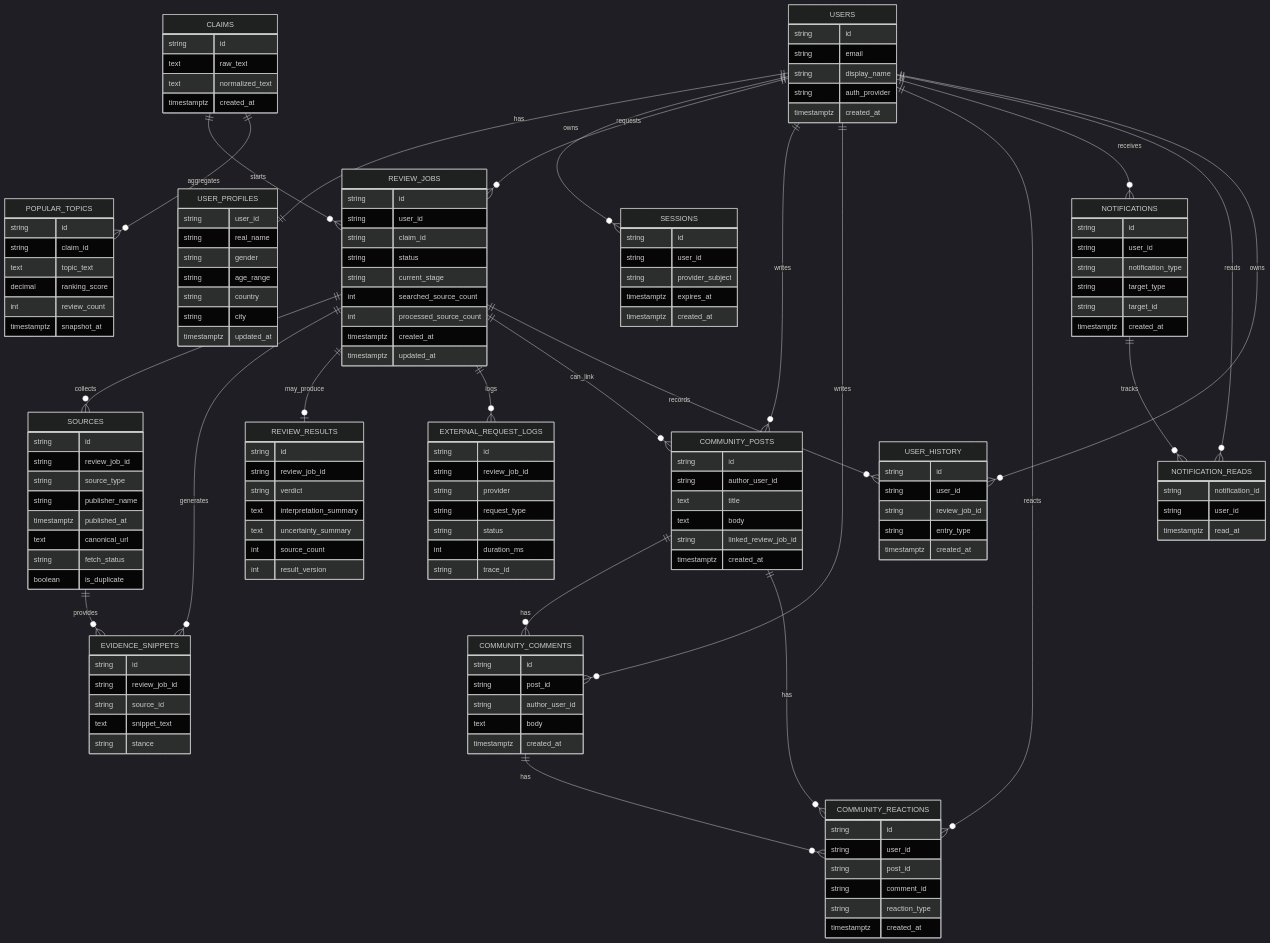
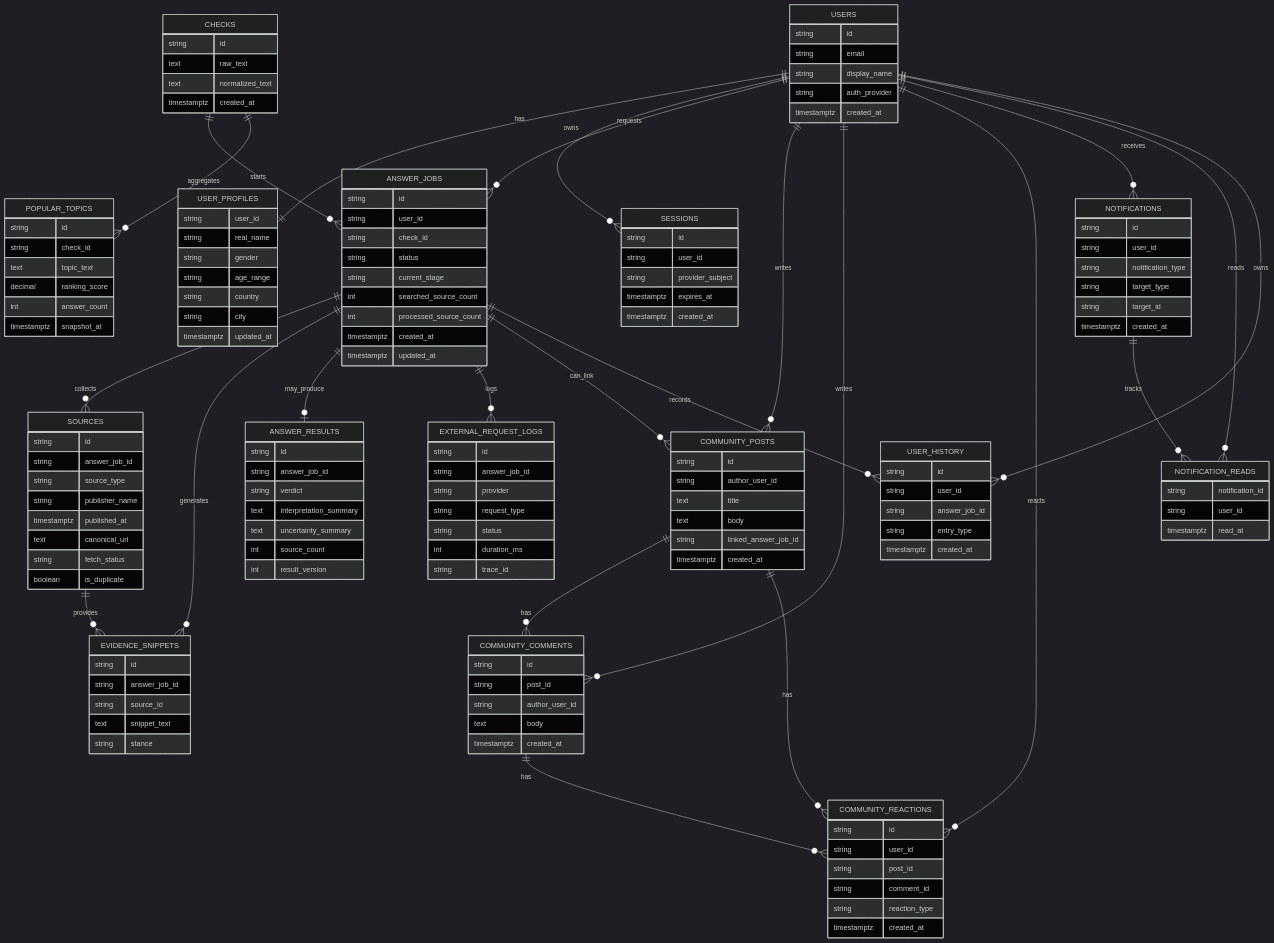
The diagram in docs/erd.md (dyjeong576/varo), drawn with Mermaid (dark theme) before and after one commit. The commit also changed other lines of this file and 133 other files, not shown here.

First line of the commit message:
Refactor review to answer terminology across the codebase

```diff
--- a/docs/erd.md
+++ b/docs/erd.md
@@ -10,13 +10,13 @@
 erDiagram
     USERS ||--|| USER_PROFILES : has
     USERS ||--o{ SESSIONS : owns
-    USERS ||--o{ REVIEW_JOBS : requests
-    CLAIMS ||--o{ REVIEW_JOBS : starts
-    REVIEW_JOBS ||--o{ SOURCES : collects
-    REVIEW_JOBS ||--o{ EVIDENCE_SNIPPETS : generates
+    USERS ||--o{ ANSWER_JOBS : requests
+    CHECKS ||--o{ ANSWER_JOBS : starts
+    ANSWER_JOBS ||--o{ SOURCES : collects
+    ANSWER_JOBS ||--o{ EVIDENCE_SNIPPETS : generates
     SOURCES ||--o{ EVIDENCE_SNIPPETS : provides
-    REVIEW_JOBS ||--o| REVIEW_RESULTS : may_produce
-    REVIEW_JOBS ||--o{ EXTERNAL_REQUEST_LOGS : logs
+    ANSWER_JOBS ||--o| ANSWER_RESULTS : may_produce
+    ANSWER_JOBS ||--o{ EXTERNAL_REQUEST_LOGS : logs
 
     USERS ||--o{ COMMUNITY_POSTS : writes
     USERS ||--o{ COMMUNITY_COMMENTS : writes
@@ -24,16 +24,16 @@
     COMMUNITY_POSTS ||--o{ COMMUNITY_COMMENTS : has
     COMMUNITY_POSTS ||--o{ COMMUNITY_REACTIONS : has
     COMMUNITY_COMMENTS ||--o{ COMMUNITY_REACTIONS : has
-    REVIEW_JOBS ||--o{ COMMUNITY_POSTS : can_link
+    ANSWER_JOBS ||--o{ COMMUNITY_POSTS : can_link
 
     USERS ||--o{ NOTIFICATIONS : receives
     NOTIFICATIONS ||--o{ NOTIFICATION_READS : tracks
     USERS ||--o{ NOTIFICATION_READS : reads
 
     USERS ||--o{ USER_HISTORY : owns
-    REVIEW_JOBS ||--o{ USER_HISTORY : records
+    ANSWER_JOBS ||--o{ USER_HISTORY : records
 
-    CLAIMS ||--o{ POPULAR_TOPICS : aggregates
+    CHECKS ||--o{ POPULAR_TOPICS : aggregates
 
     USERS {
         string id
@@ -61,17 +61,17 @@
         timestamptz created_at
     }
 
-    CLAIMS {
+    CHECKS {
         string id
         text raw_text
         text normalized_text
         timestamptz created_at
     }
 
-    REVIEW_JOBS {
+    ANSWER_JOBS {
         string id
         string user_id
-        string claim_id
+        string check_id
         string status
         string current_stage
         int searched_source_count
@@ -82,7 +82,7 @@
 
     SOURCES {
         string id
-        string review_job_id
+        string answer_job_id
         string source_type
         string publisher_name
         timestamptz published_at
@@ -93,15 +93,15 @@
 
     EVIDENCE_SNIPPETS {
         string id
-        string review_job_id
+        string answer_job_id
         string source_id
         text snippet_text
         string stance
     }
 
-    REVIEW_RESULTS {
+    ANSWER_RESULTS {
         string id
-        string review_job_id
+        string answer_job_id
         string verdict
         text interpretation_summary
         text uncertainty_summary
@@ -111,7 +111,7 @@
 
     EXTERNAL_REQUEST_LOGS {
         string id
-        string review_job_id
+        string answer_job_id
         string provider
         string request_type
         string status
@@ -124,7 +124,7 @@
         string author_user_id
         text title
         text body
-        string linked_review_job_id
+        string linked_answer_job_id
         timestamptz created_at
     }
 
@@ -162,17 +162,17 @@
 
     POPULAR_TOPICS {
         string id
-        string claim_id
+        string check_id
         text topic_text
         decimal ranking_score
-        int review_count
+        int answer_count
         timestamptz snapshot_at
     }
 
     USER_HISTORY {
         string id
         string user_id
-        string review_job_id
+        string answer_job_id
         string entry_type
         timestamptz created_at
     }
```
